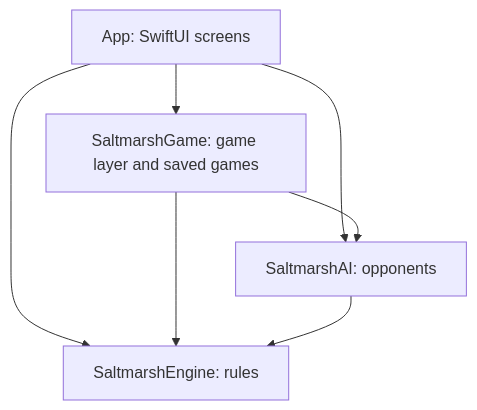
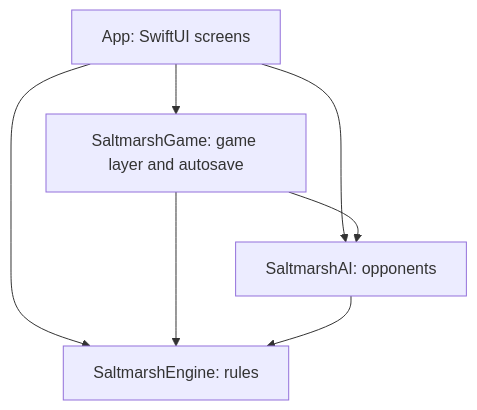
Before and after one commit to psenger/saltmarsh-isles: the diagram in README.md, drawn with Mermaid. The commit also changed other lines of this file and 1 other file, not shown here.

````diff
--- a/README.md
+++ b/README.md
@@ -120,9 +125,9 @@
 ```mermaid
 flowchart TD
-    App["App: SwiftUI screens"] --> Game["SaltmarshGame: game layer and saved games"]
+    App["App: SwiftUI screens"] --> Game["SaltmarshGame: game layer and autosave"]
     App --> AI
     App --> Engine
     Game --> AI["SaltmarshAI: opponents"]
     Game --> Engine["SaltmarshEngine: rules"]
     AI --> Engine
 ```
````
